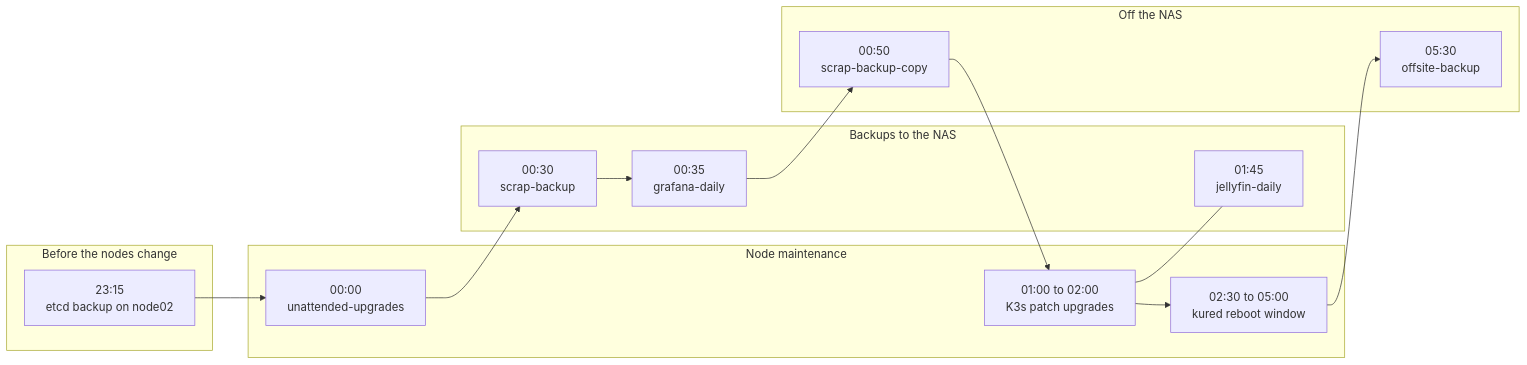
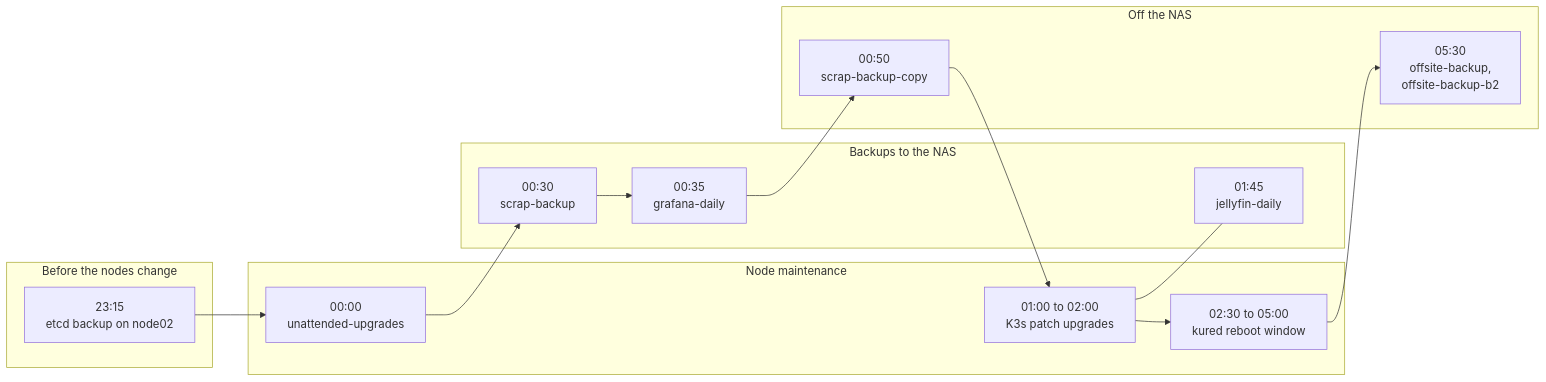
Before and after one commit to gilesknap/tpi-k3s-ansible: the second of 3 diagrams in docs/explanations/architecture/backups.md, drawn with Mermaid. The commit also changed other lines of this file and 26 other files, not shown here.

````diff
--- a/docs/explanations/architecture/backups.md
+++ b/docs/explanations/architecture/backups.md
@@ -138,26 +157,26 @@
 ```mermaid
 flowchart LR
     subgraph before["Before the nodes change"]
         etcd["23:15<br/>etcd backup on node02"]
     end
 
     subgraph maint["Node maintenance"]
         apt["00:00<br/>unattended-upgrades"]
         k3s["01:00 to 02:00<br/>K3s patch upgrades"]
         kured["02:30 to 05:00<br/>kured reboot window"]
     end
 
     subgraph tonas["Backups to the NAS"]
         scrap["00:30<br/>scrap-backup"]
         graf["00:35<br/>grafana-daily"]
         jf["01:45<br/>jellyfin-daily"]
     end
 
     subgraph offnas["Off the NAS"]
         copy["00:50<br/>scrap-backup-copy"]
-        off["05:30<br/>offsite-backup"]
+        off["05:30<br/>offsite-backup,<br/>offsite-backup-b2"]
     end
 
     etcd --> apt --> scrap --> graf --> copy --> k3s --> kured --> off
     k3s --- jf
 ```
````
